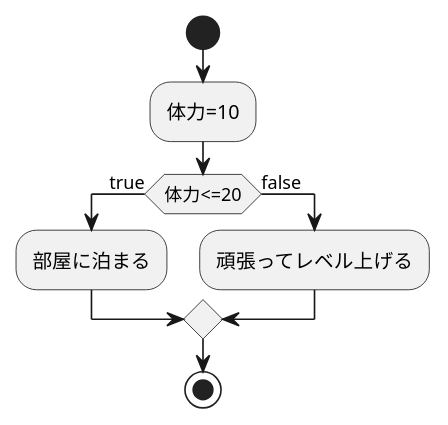
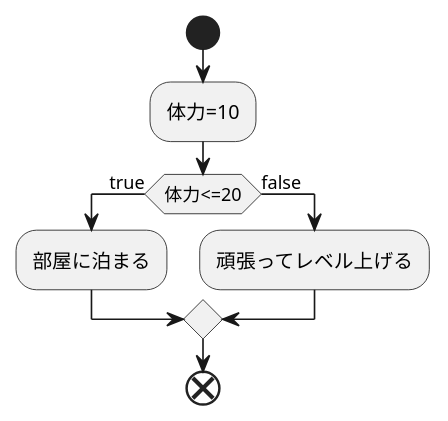
The diagram in kadai4-2.md (Aso2001403/2021sys-design), drawn with PlantUML before and after one commit.

````diff
--- a/kadai4-2.md
+++ b/kadai4-2.md
@@ -1,12 +1,12 @@
 ```uml
 @startuml
 start
 :体力=10;
 if(体力<=20)then(true)
 :部屋に泊まる;
 else(false)
 :頑張ってレベル上げる;
 endif
-stop
+end
 @enduml
 ```
````
